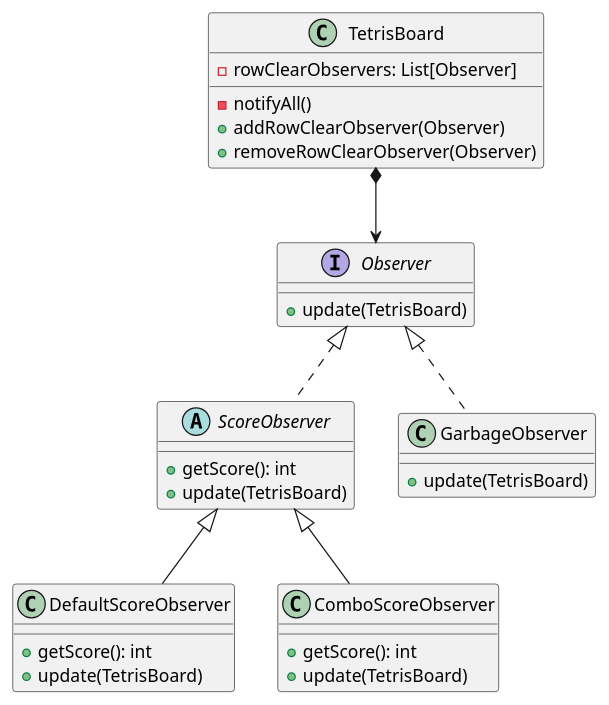
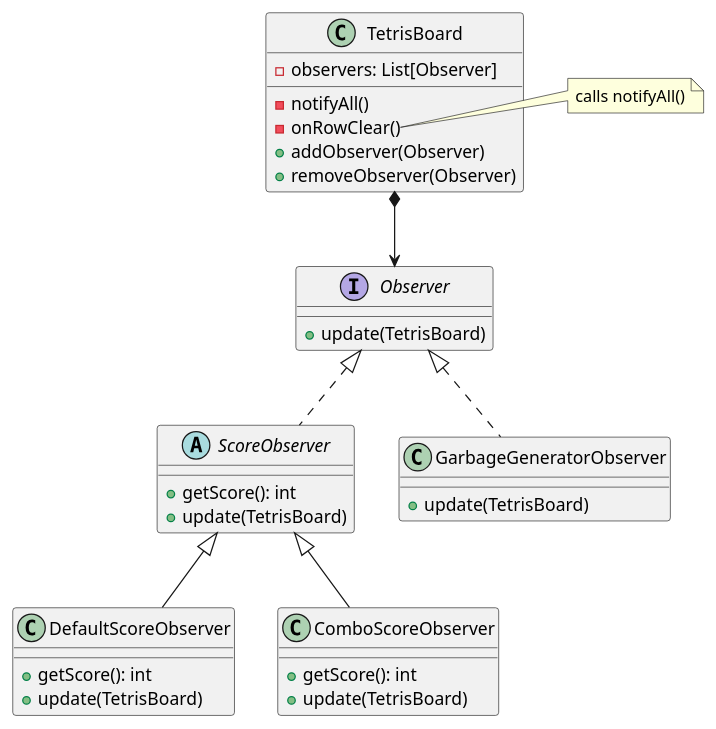
One commit to jimmy-zx/SAC changed the diagram in docs/score.puml. Above: the diagram before and after it, drawn with PlantUML.

Commit message:
[docs] Updated UML for score

```diff
--- a/docs/score.puml
+++ b/docs/score.puml
@@ -1,39 +1,44 @@
 @startuml
 
 interface Observer {
 + update(TetrisBoard)
 }
 
 class TetrisBoard {
 - notifyAll()
-- rowClearObservers: List[Observer]
-+ addRowClearObserver(Observer)
-+ removeRowClearObserver(Observer)
+- onRowClear()
+- observers: List[Observer]
++ addObserver(Observer)
++ removeObserver(Observer)
 }
+
+note right of TetrisBoard::onRowClear
+calls notifyAll()
+end note
 
 abstract ScoreObserver {
 + getScore(): int
 + update(TetrisBoard)
 }
 
 class DefaultScoreObserver {
 + getScore(): int
 + update(TetrisBoard)
 }
 
 class ComboScoreObserver {
 + getScore(): int
 + update(TetrisBoard)
 }
 
-class GarbageObserver {
+class GarbageGeneratorObserver {
 + update(TetrisBoard)
 }
 
 Observer <|.. ScoreObserver
 TetrisBoard *--> Observer
 ScoreObserver <|-- DefaultScoreObserver
 ScoreObserver <|-- ComboScoreObserver
-Observer <|.. GarbageObserver
+Observer <|.. GarbageGeneratorObserver
 
 @enduml
```
